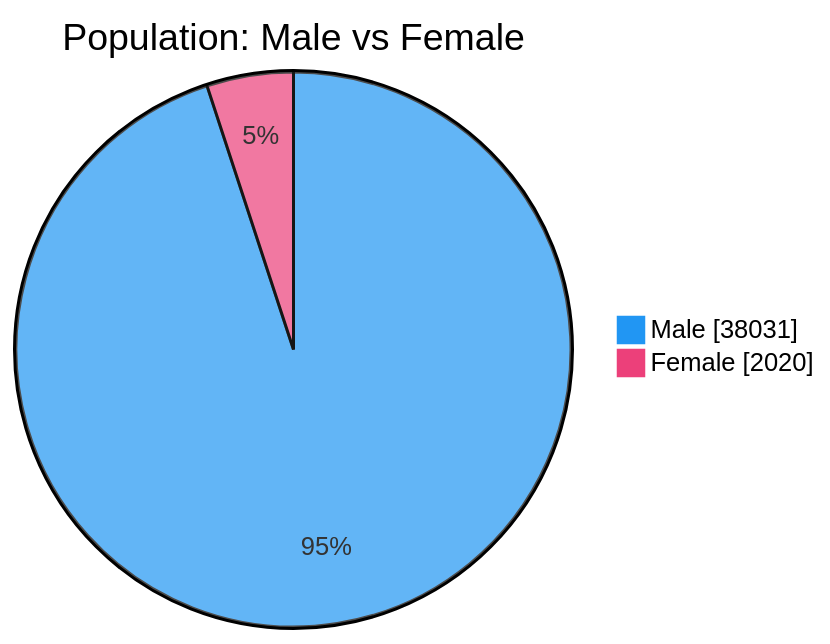
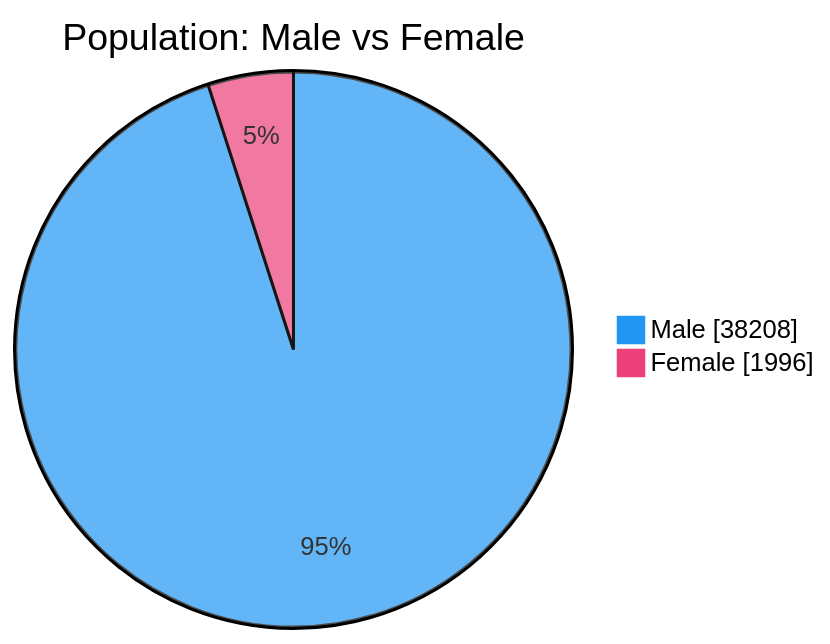
Before and after one commit to nuuuwan/lk_prisons: the second of 7 diagrams in README.md, drawn with Mermaid. The commit also changed other lines of this file and 1 other file, not shown here.

````diff
--- a/README.md
+++ b/README.md
@@ -54,6 +54,6 @@
 ```mermaid
 %%{init: {'themeVariables': {'pie1': '#2196F3', 'pie2': '#EC407A'}}}%%
 pie showData title Population: Male vs Female
-    "Male" : 38031
-    "Female" : 2020
+    "Male" : 38208
+    "Female" : 1996
 ```
````
